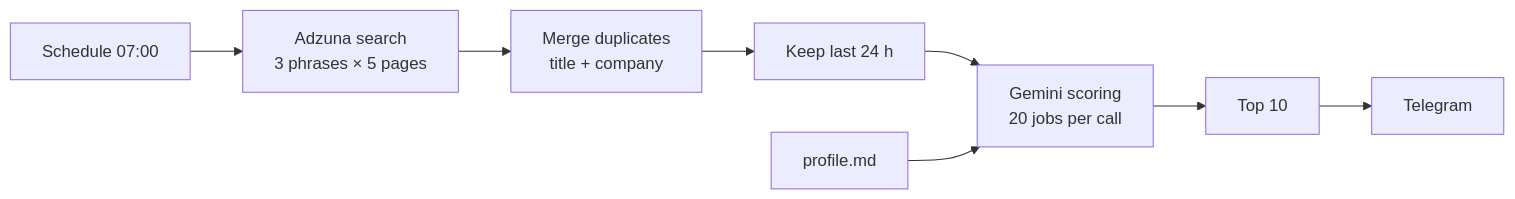
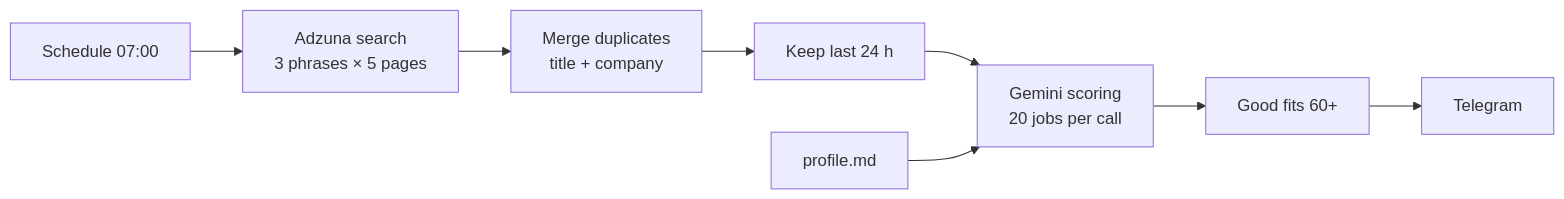
The diagram in README.md (My-Portfolio-Kapil/p02-jobpilot), drawn with Mermaid before and after one commit. The commit also changed other lines of this file and 1 other file, not shown here.

First line of the commit message:
Digest shows only good fits (60+) and counts German ads

````diff
--- a/README.md
+++ b/README.md
@@ -30,9 +33,9 @@
 ```mermaid
 flowchart LR
   A[Schedule 07:00] --> B[Adzuna search<br/>3 phrases × 5 pages]
   B --> C[Merge duplicates<br/>title + company]
   C --> D[Keep last 24 h]
   D --> E[Gemini scoring<br/>20 jobs per call]
   P[profile.md] --> E
-  E --> F[Top 10] --> G[Telegram]
+  E --> F[Good fits 60+] --> G[Telegram]
 ```
````
